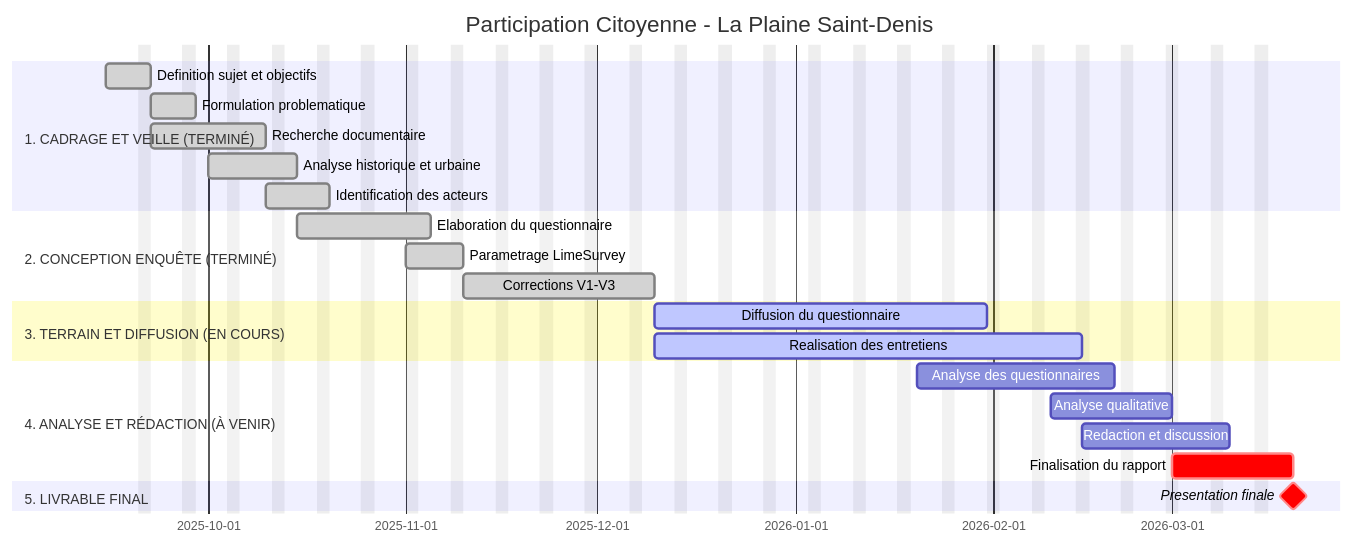
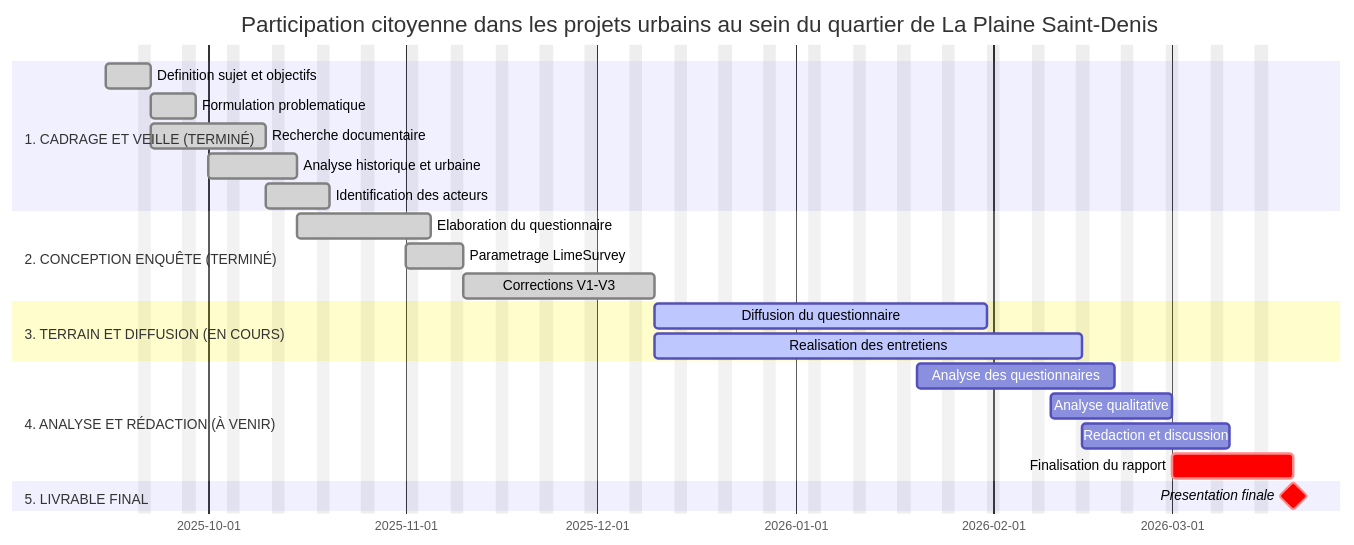
One commit to kahiarchi/LeBatiment_PlaineSaintDenis changed the diagram in etatAvancement.md. Above: the diagram before and after it, drawn with Mermaid.

````diff
--- a/etatAvancement.md
+++ b/etatAvancement.md
@@ -1,31 +1,31 @@
 ```mermaid
 gantt
     dateFormat  YYYY-MM-DD
-    title Participation Citoyenne - La Plaine Saint-Denis
+    title Participation citoyenne dans les projets urbains au sein du quartier de La Plaine Saint-Denis
     excludes weekends
 
     section 1. CADRAGE ET VEILLE (TERMINÉ)
     Definition sujet et objectifs    :done, t1, 2025-09-15, 2025-09-22
     Formulation problematique        :done, t2, 2025-09-22, 2025-09-29
     Recherche documentaire           :done, t3, 2025-09-22, 2025-10-10
     Analyse historique et urbaine    :done, t5, 2025-10-01, 2025-10-15
     Identification des acteurs       :done, t6, 2025-10-10, 2025-10-20
 
     section 2. CONCEPTION ENQUÊTE (TERMINÉ)
     Elaboration du questionnaire     :done, t7, 2025-10-15, 2025-11-05
     Parametrage LimeSurvey           :done, t8, 2025-11-01, 2025-11-10
     Corrections V1-V3                :done, t9, 2025-11-10, 2025-12-10
 
     section 3. TERRAIN ET DIFFUSION (EN COURS)
     Diffusion du questionnaire       :active, t12, 2025-12-10, 2026-01-31
     Realisation des entretiens       :active, t15, 2025-12-10, 2026-02-15
 
     section 4. ANALYSE ET RÉDACTION (À VENIR)
     Analyse des questionnaires       :t16, 2026-01-20, 2026-02-20
     Analyse qualitative              :t17, 2026-02-10, 2026-03-01
     Redaction et discussion          :t18, 2026-02-15, 2026-03-10
     Finalisation du rapport          :crit, t19, 2026-03-01, 2026-03-20
 
     section 5. LIVRABLE FINAL
     Presentation finale              :crit, milestone, 2026-03-20, 0d
 ```
````
